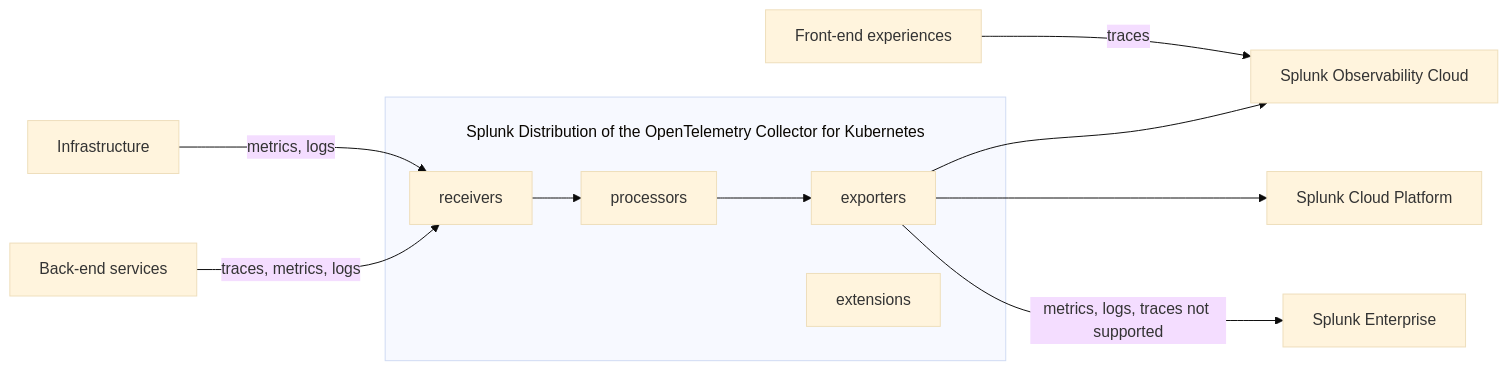
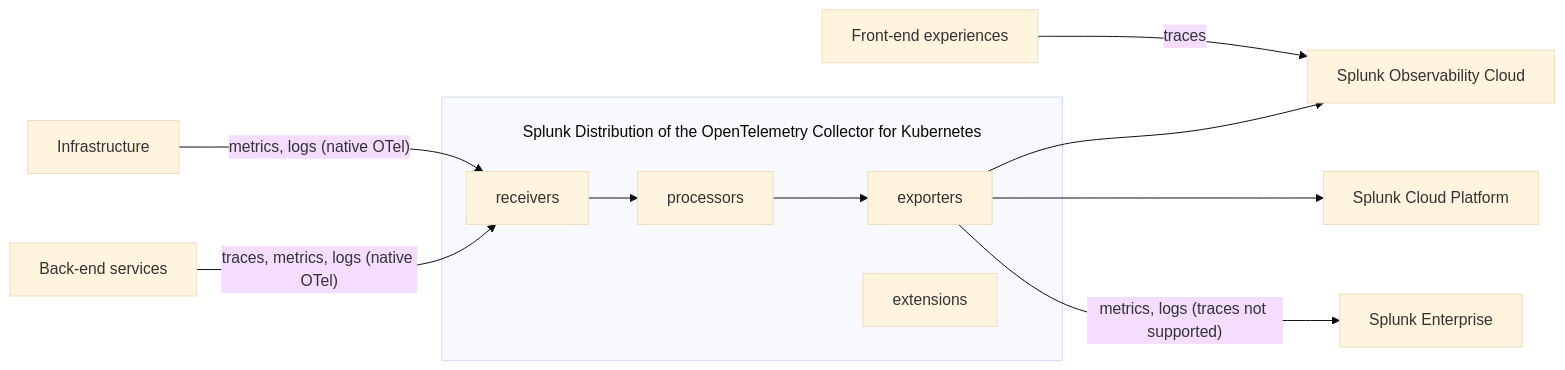
One commit to splunk/public-o11y-docs changed the first of 2 diagrams in gdi/opentelemetry/opentelemetry.rst. Above: the diagram before and after it, drawn with Mermaid (base theme). The commit also changed other lines of this file, not shown here.

Commit message:
Updated diagrams

```diff
--- a/gdi/opentelemetry/opentelemetry.rst
+++ b/gdi/opentelemetry/opentelemetry.rst
@@ -78,24 +88,24 @@
 .. mermaid::
   
   flowchart LR
 
     accTitle: Splunk Distribution of the OpenTelemetry Collector for Kubernetes diagram.
     accDescr: The Splunk Distribution of OpenTelemetry Collector contains receivers, processors, exporters, and extensions. Receivers gather metrics and logs from infrastructure, and metrics, traces, and logs from back-end applications. Receivers send data to processors, and processors send data to exporters. Exporters send data to Splunk Observability Cloud and Splunk Cloud Platform. Front-end experiences send data directly to Splunk Observability Cloud through RUM instrumentation.
 
     subgraph "\nSplunk Distribution of the OpenTelemetry Collector for Kubernetes"
     receivers
     processors
     exporters
     extensions
     end
 
-    Infrastructure -- "metrics, logs" --> receivers
-    B[Back-end services] -- "traces, metrics, logs" --> receivers
+    Infrastructure -- "metrics, logs (native OTel)" --> receivers
+    B[Back-end services] -- "traces, metrics, logs (native OTel)" --> receivers
     C[Front-end experiences] -- "traces" --> S[Splunk Observability Cloud]
 
     receivers --> processors
     processors --> exporters
 
     exporters --> S[Splunk Observability Cloud]
     exporters --> P[Splunk Cloud Platform]
-    exporters -- "metrics, logs, traces not supported" --> U[Splunk Enterprise]
+    exporters -- "metrics, logs (traces not supported)" --> U[Splunk Enterprise]
```
